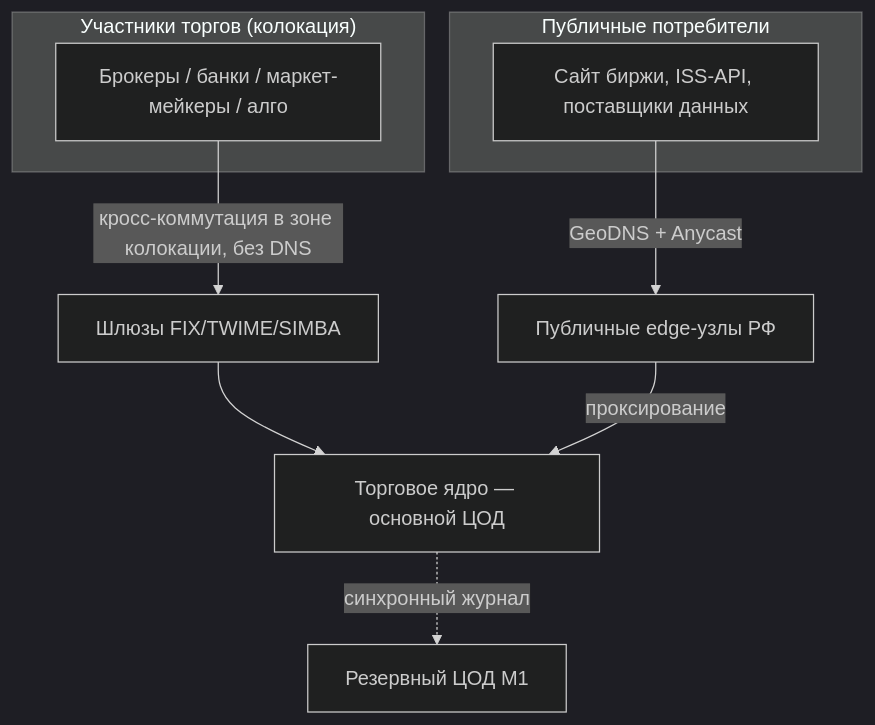
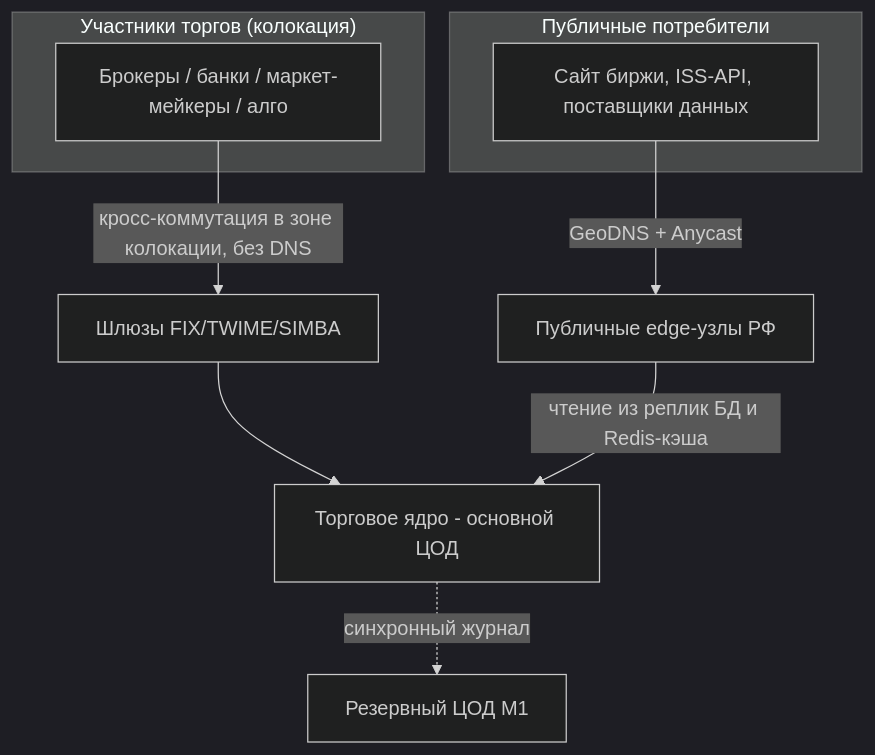
The first of 5 diagrams in README.md (crimsonnclover/hse-highload), drawn with Mermaid (dark theme) before and after one commit. The commit also changed other lines of this file, not shown here.

````diff
--- a/README.md
+++ b/README.md
@@ -287,16 +287,16 @@
 ```mermaid
 flowchart TB
     subgraph Prof["Участники торгов (колокация)"]
         MM[Брокеры / банки / маркет-мейкеры / алго]
     end
     subgraph Pub["Публичные потребители"]
         APP[Сайт биржи, ISS-API, поставщики данных]
     end
 
     MM -->|кросс-коммутация в зоне колокации, без DNS| GW[Шлюзы FIX/TWIME/SIMBA]
     APP -->|GeoDNS + Anycast| EDGE[Публичные edge-узлы РФ]
 
-    GW --> CORE[Торговое ядро — основной ЦОД]
-    EDGE -->|проксирование| CORE
+    GW --> CORE[Торговое ядро - основной ЦОД]
+    EDGE -->|чтение из реплик БД и Redis-кэша| CORE
     CORE -.->|синхронный журнал| RES[Резервный ЦОД M1]
 ```
````
